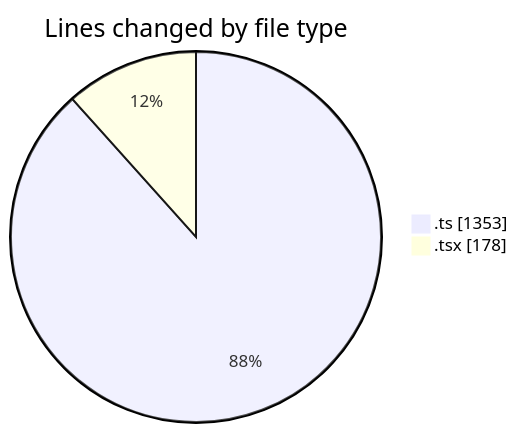
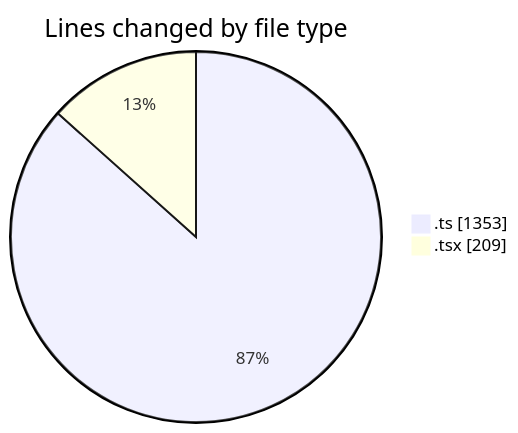
The first of 2 diagrams in 2026-03-12/nxtqube_webapp/README.md (nxtqubesakshisongat/code-tracking), drawn with Mermaid before and after one commit. The commit also changed other lines of this file and 1 other file, not shown here.

````diff
--- a/2026-03-12/nxtqube_webapp/README.md
+++ b/2026-03-12/nxtqube_webapp/README.md
@@ -25,6 +25,6 @@
 ```mermaid
 pie showData
 title Lines changed by file type
 ".ts" : 1353
-".tsx" : 178
+".tsx" : 209
 ```
````
